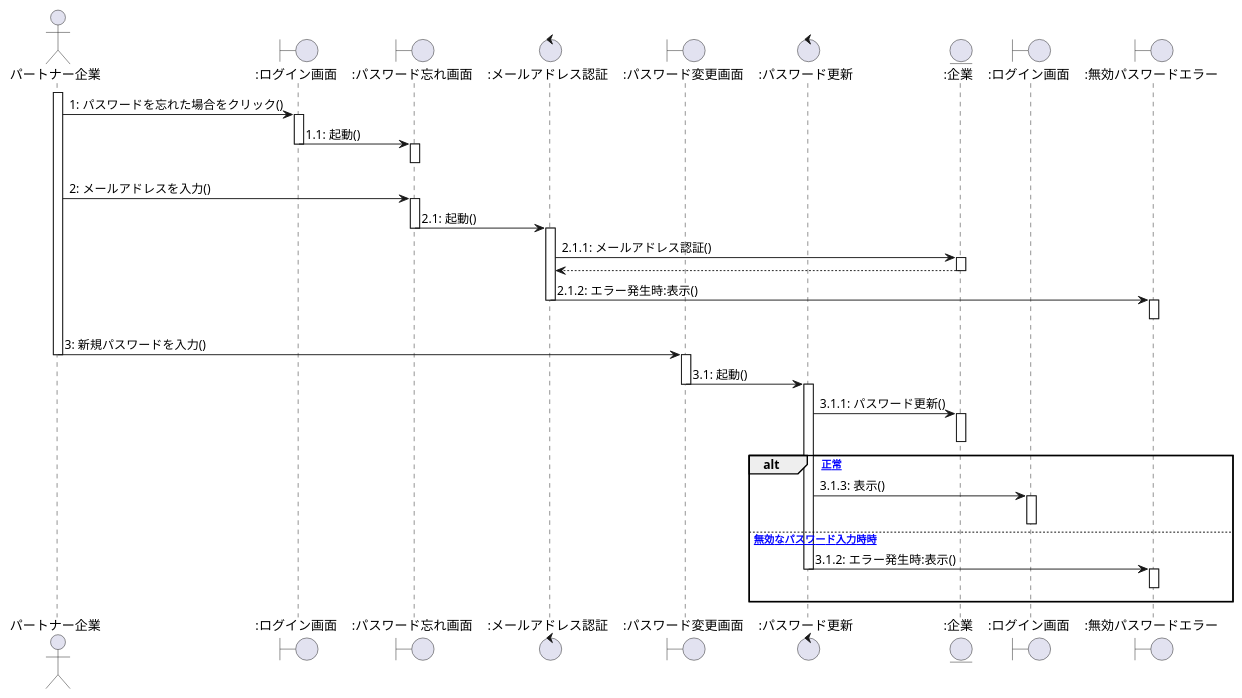
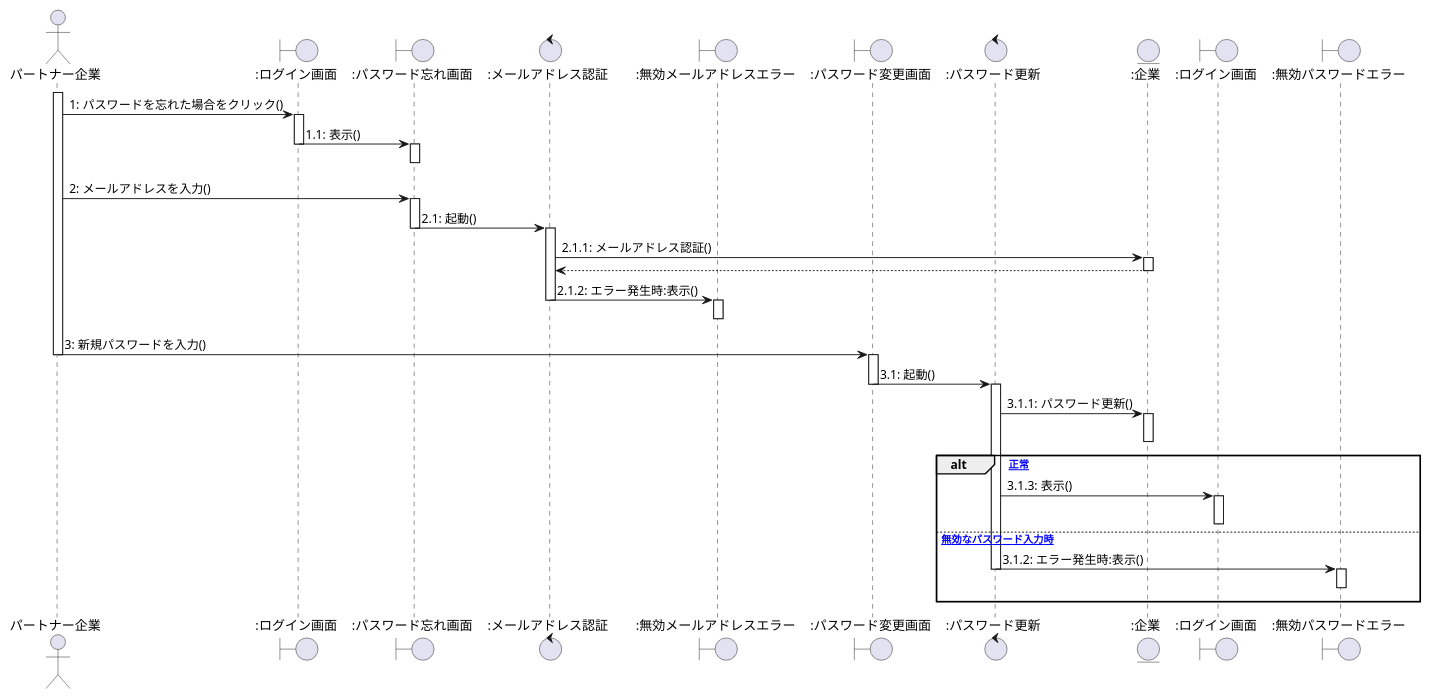
One commit to ksw2270227/GroupF changed the fourth of 10 diagrams in client_sequence.plantuml. Above: the diagram before and after it, drawn with PlantUML. The commit also changed other lines of this file and 1 other file, not shown here.

```diff
--- a/client_sequence.plantuml
+++ b/client_sequence.plantuml
@@ -133,76 +131,72 @@
 @startuml パスワード変更
 
 actor パートナー企業 as 0
 Boundary ":ログイン画面" as a
 Boundary ":パスワード忘れ画面" as b
 Control ":メールアドレス認証" as c
+Boundary ":無効メールアドレスエラー" as h
 Boundary ":パスワード変更画面" as d
 Control ":パスワード更新" as e
 Entity ":企業" as en
 Boundary ":ログイン画面" as f
 Boundary ":無効パスワードエラー" as g
 
 
 activate 0
 0 -> a : 1: パスワードを忘れた場合をクリック()
 
-
 activate a
-a -> b : 1.1: 起動()
+a -> b : 1.1: 表示()
 deactivate a
 activate b
 b -[hidden]-> b
 deactivate b
 
 
+0 -> b : 2: メールアドレスを入力()
+activate b
 
-
-0 -> b : 2: メールアドレスを入力()
-
-activate b
 b -> c : 2.1: 起動()
 deactivate b
 
 activate c
 c -> en : 2.1.1: メールアドレス認証()
 activate en
 en --> c
 deactivate en
 
-c -> g : 2.1.2: エラー発生時:表示()
+c -> h : 2.1.2: エラー発生時:表示()
 deactivate c
-activate g
-g -[hidden]-> g
-deactivate g
-
-
+activate h
+h -[hidden]-> h
+deactivate h
 
 
 0 -> d  : 3: 新規パスワードを入力()
 deactivate 0
 
 activate d
 d -> e : 3.1: 起動()
 deactivate d
 activate e
 
 e -> en : 3.1.1: パスワード更新()
 activate en
 deactivate en
 
 alt [正常]
 e -> f : 3.1.3: 表示()
 activate f
 deactivate f
 deactivate g
 
-else [無効なパスワード入力時時]
+else [無効なパスワード入力時]
 e -> g : 3.1.2: エラー発生時:表示()
 deactivate e
 activate g
 g -[hidden]-> g
 deactivate g
 
 end
 
 @enduml
```
